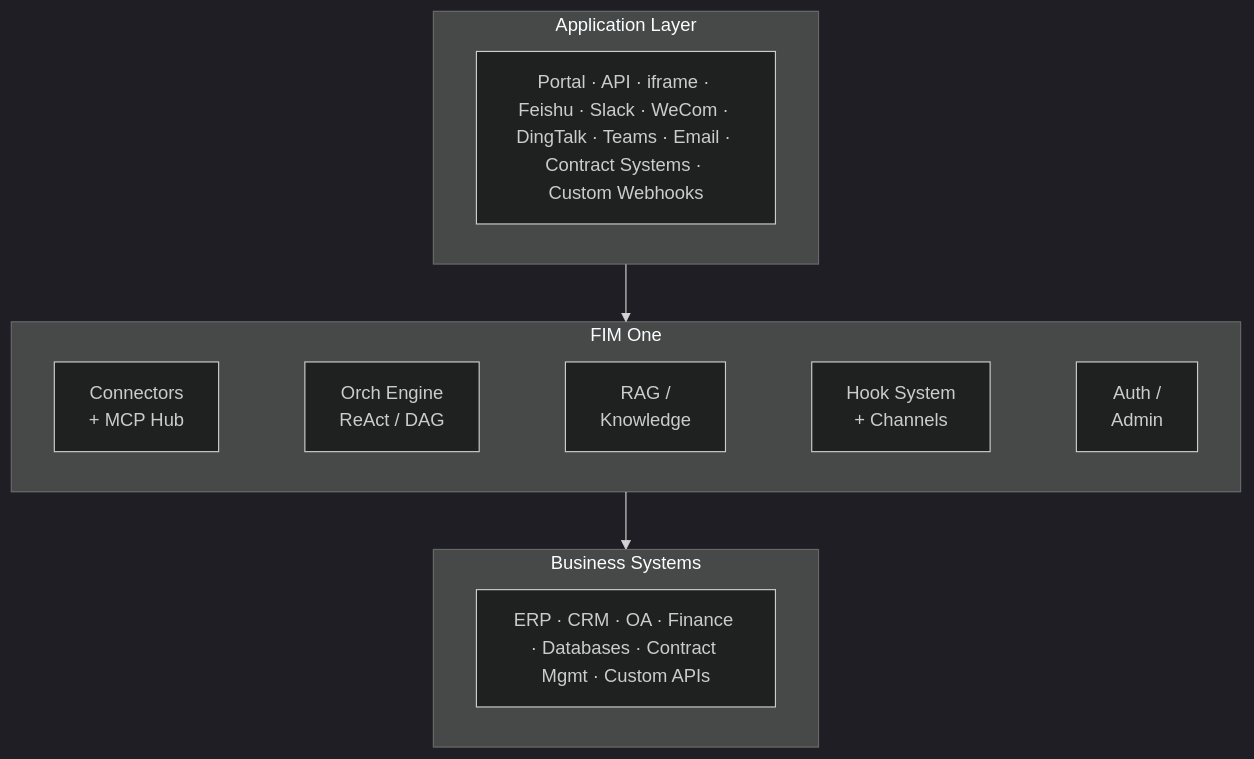
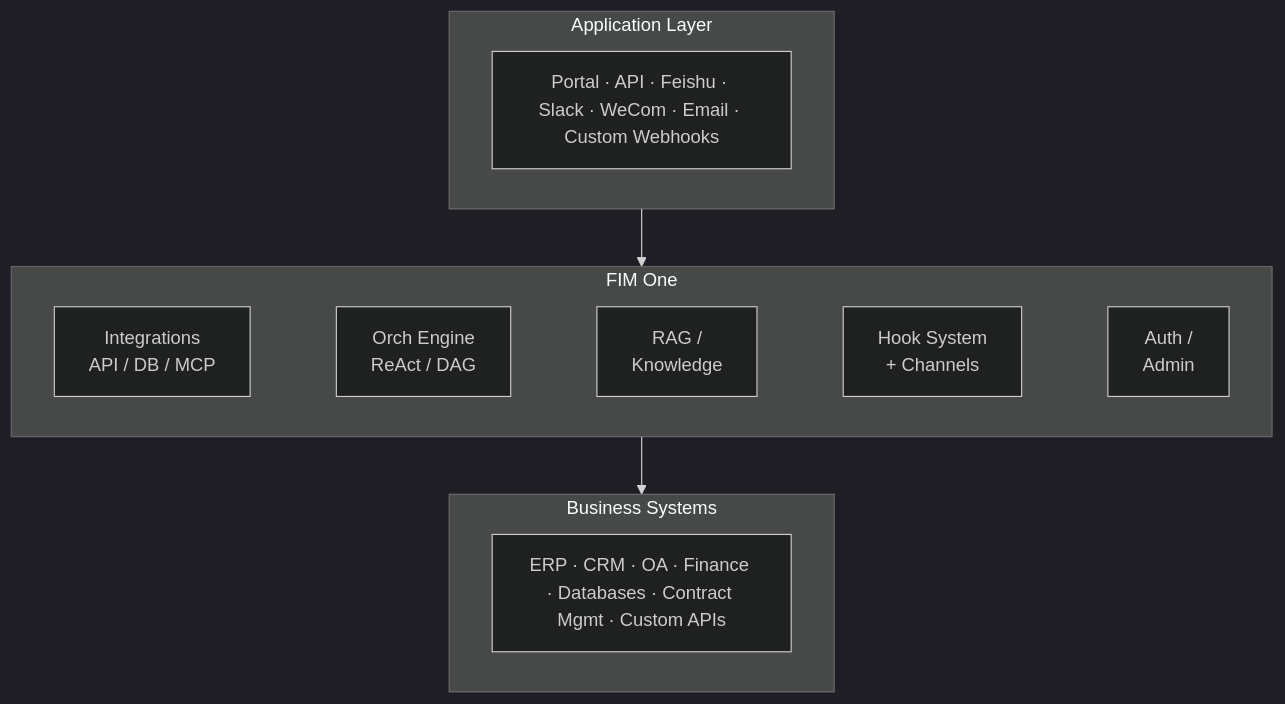
One commit to fim-ai/fim-one changed the second of 2 diagrams in README.md. Above: the diagram before and after it, drawn with Mermaid (dark theme). The commit also changed other lines of this file and 12 other files, not shown here.

First line of the commit message:
docs(integrations): describe connectors, channels and modes as shipped

````diff
--- a/README.md
+++ b/README.md
@@ -169,14 +169,14 @@
 ```mermaid
 graph TB
     subgraph app["Application Layer"]
-        a["Portal · API · iframe · Feishu · Slack · WeCom · DingTalk · Teams · Email · Contract Systems · Custom Webhooks"]
+        a["Portal · API · Feishu · Slack · WeCom · Email · Custom Webhooks"]
     end
     subgraph mid["FIM One"]
         direction LR
-        m1["Connectors<br/>+ MCP Hub"] ~~~ m2["Orch Engine<br/>ReAct / DAG"] ~~~ m3["RAG /<br/>Knowledge"] ~~~ m5["Hook System<br/>+ Channels"] ~~~ m4["Auth /<br/>Admin"]
+        m1["Integrations<br/>API / DB / MCP"] ~~~ m2["Orch Engine<br/>ReAct / DAG"] ~~~ m3["RAG /<br/>Knowledge"] ~~~ m5["Hook System<br/>+ Channels"] ~~~ m4["Auth /<br/>Admin"]
     end
     subgraph biz["Business Systems"]
         b["ERP · CRM · OA · Finance · Databases · Contract Mgmt · Custom APIs"]
     end
     app --> mid --> biz
 ```
````
